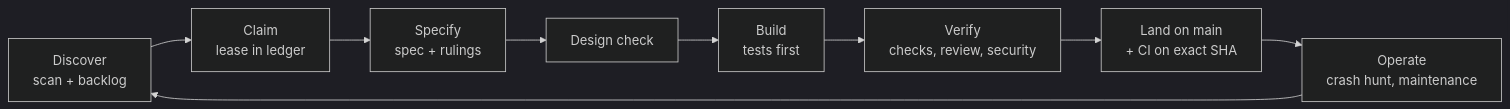
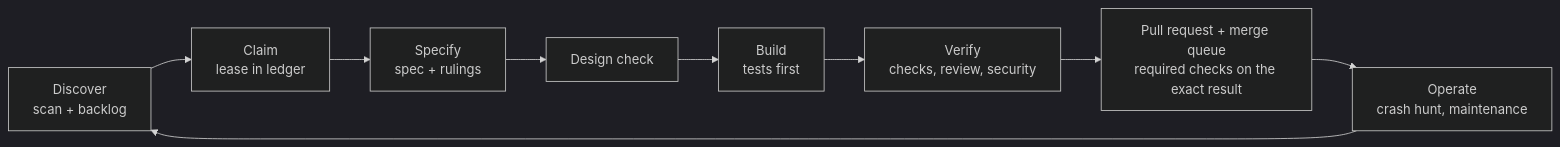
The diagram in documentation/AGENTIC_PDLC.md (LeonardSchwier/leotheca), drawn with Mermaid (dark theme) before and after one commit. The commit also changed other lines of this file and 13 other files, not shown here.

First line of the commit message:
feat(agents): deliver code to main through pull requests and the merge queue

````diff
--- a/documentation/AGENTIC_PDLC.md
+++ b/documentation/AGENTIC_PDLC.md
@@ -18,11 +18,11 @@
 ```mermaid
 flowchart LR
   A[Discover<br/>scan + backlog] --> B[Claim<br/>lease in ledger]
   B --> C[Specify<br/>spec + rulings]
   C --> D[Design check]
   D --> E[Build<br/>tests first]
   E --> F[Verify<br/>checks, review, security]
-  F --> G[Land on main<br/>+ CI on exact SHA]
+  F --> G[Pull request + merge queue<br/>required checks on the exact result]
   G --> H[Operate<br/>crash hunt, maintenance]
   H --> A
 ```
````
